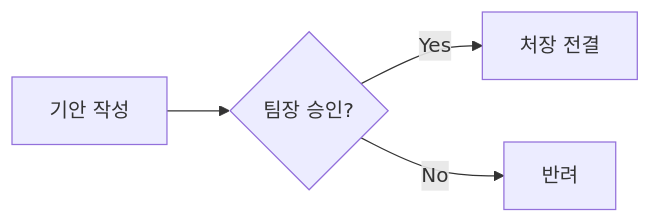
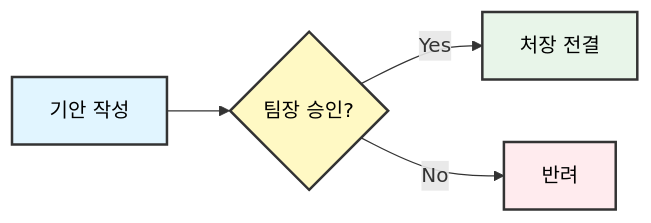
Diagram 12 of 17 in dist/University_Copilot_Guide_Complete_KO.md (seo-jinseok/GitHub-Copilot-Guide), drawn with Mermaid before and after one commit. The commit also changed other lines of this file, not shown here.

Commit message:
docs: mermaid 그림 색상 수정

````diff
--- a/dist/University_Copilot_Guide_Complete_KO.md
+++ b/dist/University_Copilot_Guide_Complete_KO.md
@@ -938,6 +946,11 @@
 ```mermaid
 graph LR
     A[기안 작성] --> B{팀장 승인?};
     B -- Yes --> C[처장 전결];
     B -- No --> D[반려];
+
+    style A fill:#e1f5ff,stroke:#333,stroke-width:2px,color:#000
+    style B fill:#fff9c4,stroke:#333,stroke-width:2px,color:#000
+    style C fill:#e8f5e9,stroke:#333,stroke-width:2px,color:#000
+    style D fill:#ffebee,stroke:#333,stroke-width:2px,color:#000
 ```
````
